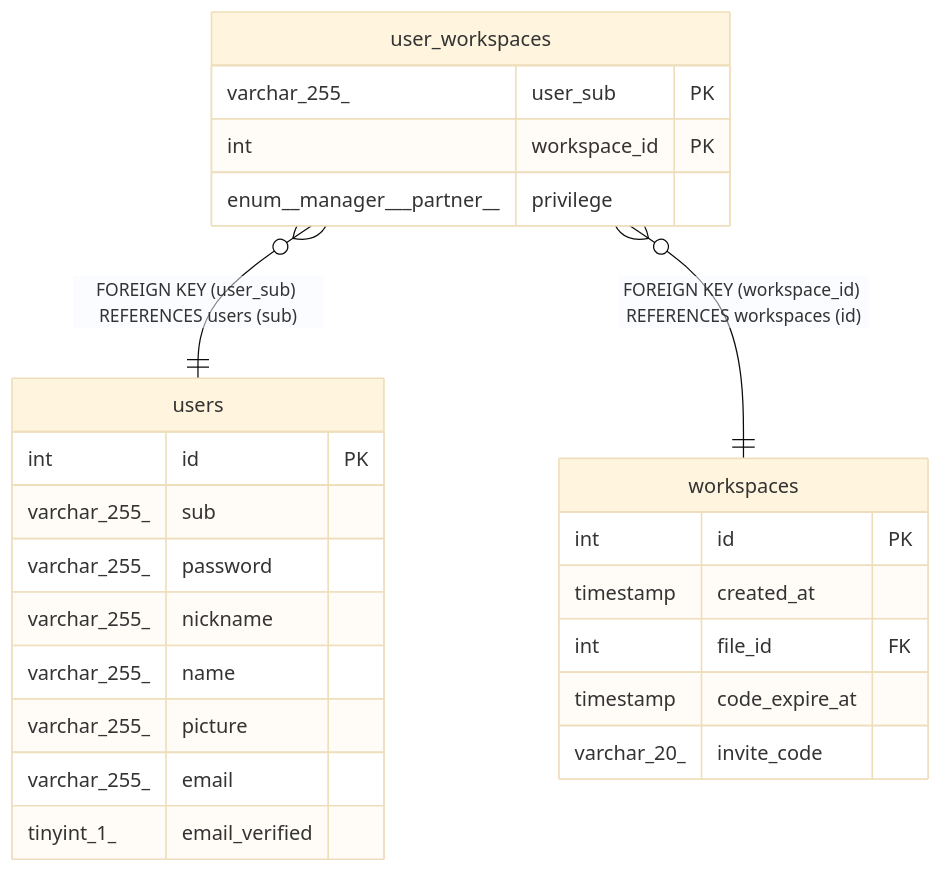
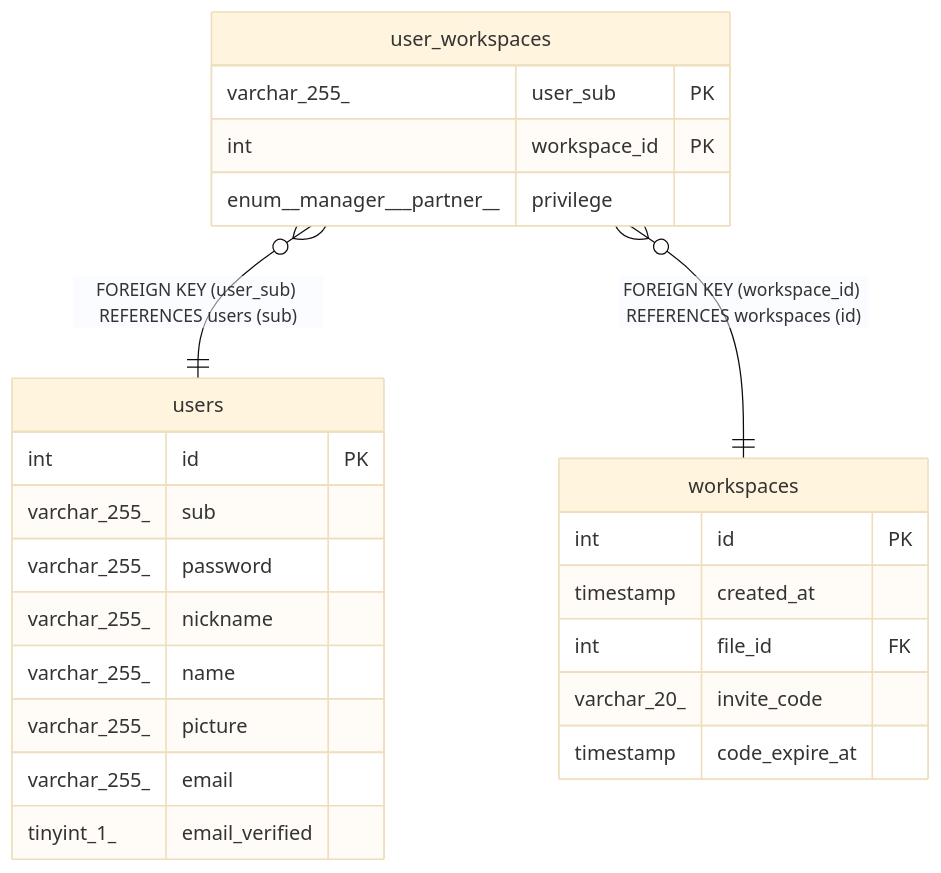
One commit to Yiipu/Checkdown changed the diagram in doc/database-schema/user_workspaces.md. Above: the diagram before and after it, drawn with Mermaid (base theme). The commit also changed other lines of this file and 12 other files, not shown here.

````diff
--- a/doc/database-schema/user_workspaces.md
+++ b/doc/database-schema/user_workspaces.md
@@ -47,29 +47,29 @@
 ```mermaid
 erDiagram
 
 "user_workspaces" }o--|| "users" : "FOREIGN KEY (user_sub) REFERENCES users (sub)"
 "user_workspaces" }o--|| "workspaces" : "FOREIGN KEY (workspace_id) REFERENCES workspaces (id)"
 
 "user_workspaces" {
   varchar_255_ user_sub PK
   int workspace_id PK
   enum__manager___partner__ privilege
 }
 "users" {
   int id PK
   varchar_255_ sub
   varchar_255_ password
   varchar_255_ nickname
   varchar_255_ name
   varchar_255_ picture
   varchar_255_ email
   tinyint_1_ email_verified
 }
 "workspaces" {
   int id PK
   timestamp created_at
   int file_id FK
+  varchar_20_ invite_code
   timestamp code_expire_at
-  varchar_20_ invite_code
 }
 ```
````
